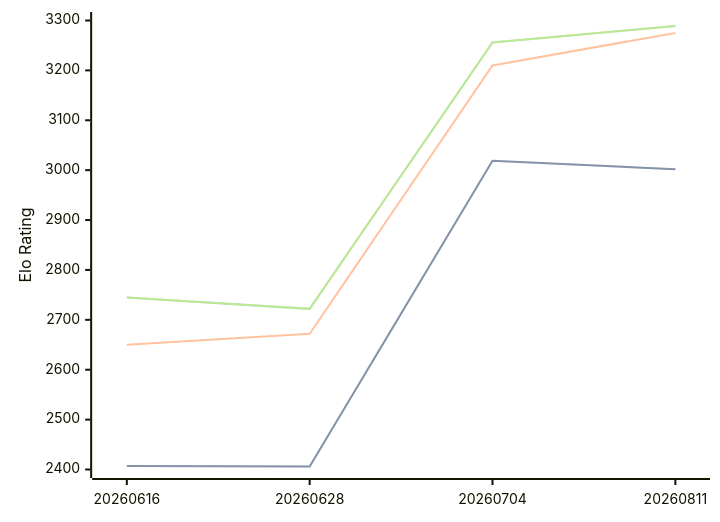
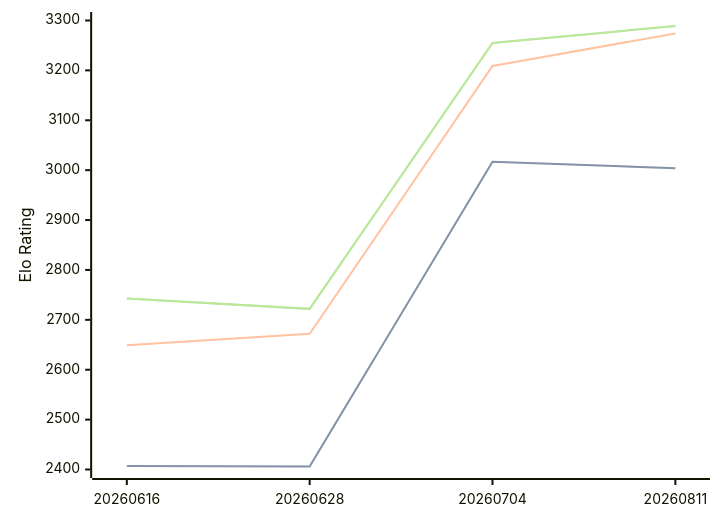
The diagram in engines/Askaig.md (computer-chess-index/cci), drawn with Mermaid before and after one commit. The commit also changed other lines of this file, not shown here.

Commit message:
Update CCI Ratings (ELO VLTC) - 2026-09-03

````diff
--- a/engines/Askaig.md
+++ b/engines/Askaig.md
@@ -36,11 +36,11 @@
 ```mermaid
 %%{init: {"theme":"base","themeVariables":{"seriesColors:['#a3a3a3','#222221','#faa371']}}}%%
 xychart-beta
   x-axis ["20260616", "20260628", "20260704", "20260811"]
   y-axis "Elo Rating" 2400 --> 3300
-  line "" [2407, 2406, 3019, 3002]
-  line "STC (8.0+0.08s)" [2407, 2406, 3019, 3002]
-  line "LTC (60.0+0.60s)" [2650, 2672, 3210, 3275]
-  line "" [2745, 2722, 3256, 3289]
-  line "VLTC (2m24s+1.12s)" [2745, 2722, 3256, 3289]
+  line "" [2407, 2406, 3017, 3004]
+  line "STC (8.0+0.08s)" [2407, 2406, 3017, 3004]
+  line "LTC (60.0+0.60s)" [2649, 2672, 3209, 3274]
+  line "" [2743, 2722, 3255, 3289]
+  line "VLTC (2m24s+1.12s)" [2743, 2722, 3255, 3289]
 ```
````
